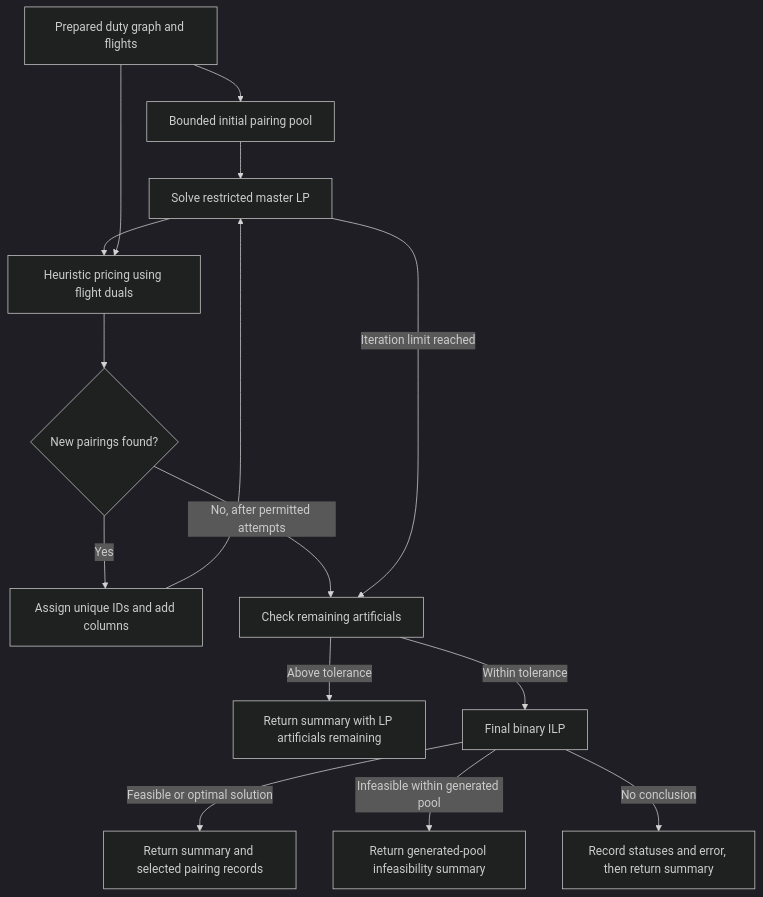
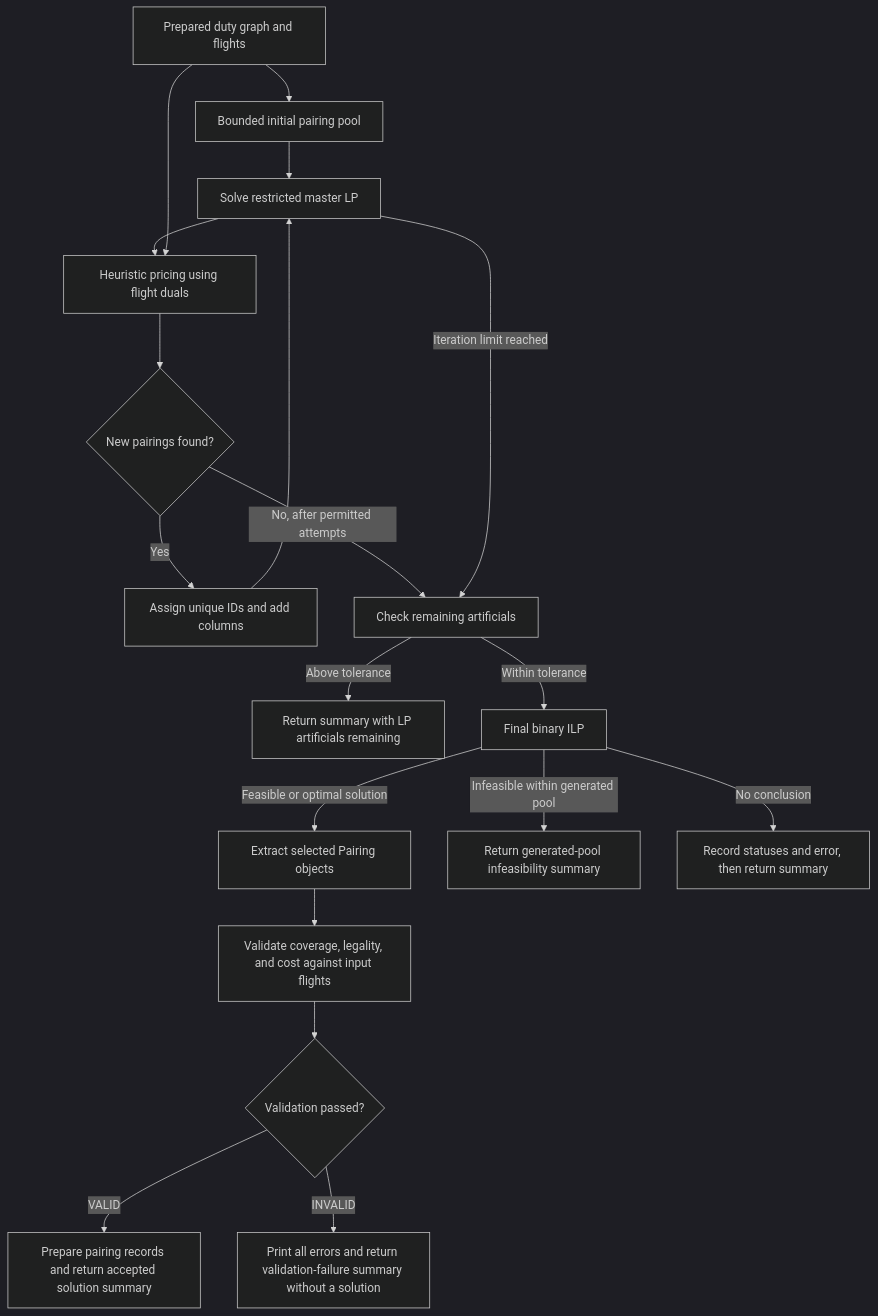
Before and after one commit to keren17b/Flight-Scheduling-ILP: the second of 2 diagrams in airline_crew_pairing_project_flow.md, drawn with Mermaid (dark theme). The commit also changed other lines of this file and 10 other files, not shown here.

````diff
--- a/airline_crew_pairing_project_flow.md
+++ b/airline_crew_pairing_project_flow.md
@@ -41,18 +43,22 @@
 ```mermaid
 flowchart TD
     D[Prepared duty graph and flights]
     D --> E[Bounded initial pairing pool]
     E --> F[Solve restricted master LP]
     F --> G[Heuristic pricing using flight duals]
     D --> G
     G --> H{New pairings found?}
     H -->|Yes| I[Assign unique IDs and add columns]
     I --> F
     H -->|No, after permitted attempts| J[Check remaining artificials]
     F -->|Iteration limit reached| J
     J -->|Above tolerance| K[Return summary with LP artificials remaining]
     J -->|Within tolerance| L[Final binary ILP]
-    L -->|Feasible or optimal solution| M[Return summary and selected pairing records]
+    L -->|Feasible or optimal solution| M[Extract selected Pairing objects]
+    M --> P[Validate coverage, legality, and cost against input flights]
+    P --> Q{Validation passed?}
+    Q -->|VALID| R[Prepare pairing records and return accepted solution summary]
+    Q -->|INVALID| S[Print all errors and return validation-failure summary without a solution]
     L -->|Infeasible within generated pool| N[Return generated-pool infeasibility summary]
     L -->|No conclusion| O[Record statuses and error, then return summary]
 ```
````
